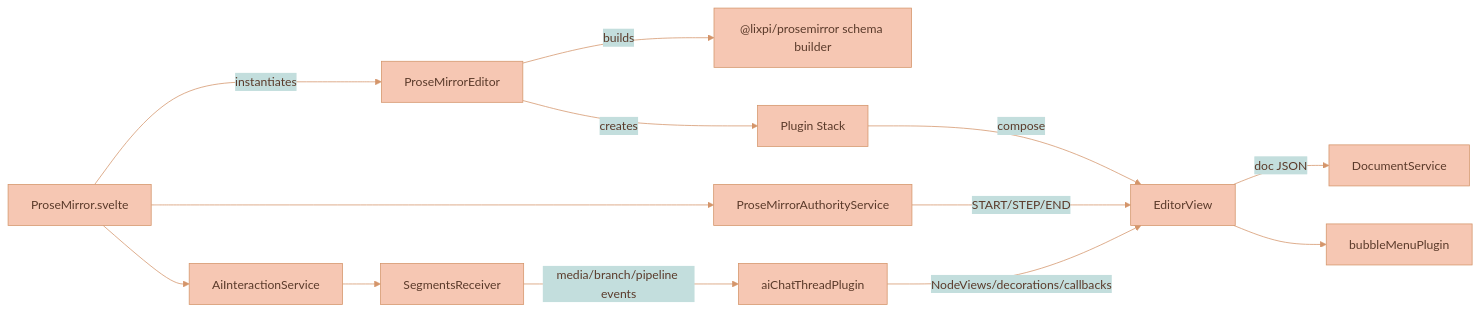
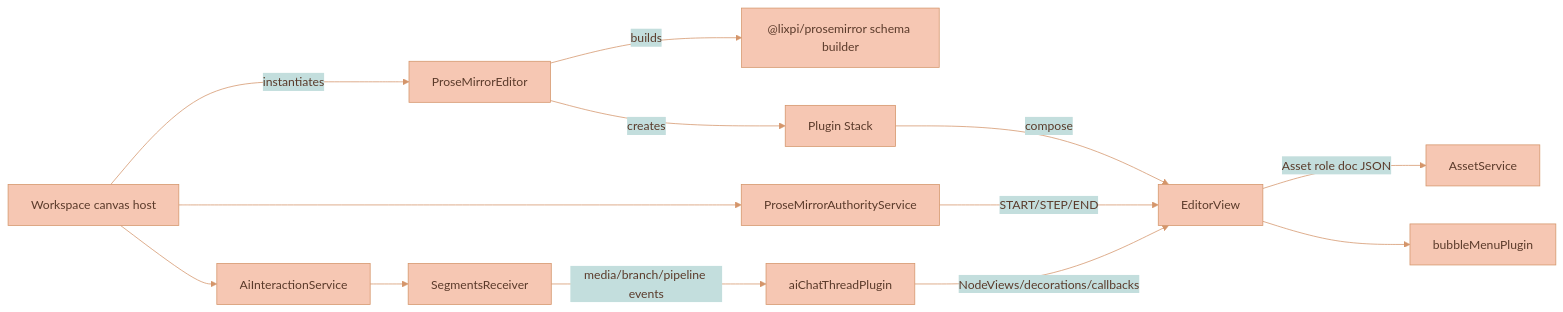
Before and after one commit to Lixpi/lixpi: the first of 8 diagrams in services/web-ui/src/components/proseMirror/README.md, drawn with Mermaid. The commit also changed other lines of this file and 225 other files, not shown here.

````diff
--- a/services/web-ui/src/components/proseMirror/README.md
+++ b/services/web-ui/src/components/proseMirror/README.md
@@ -13,16 +13,16 @@
 ```mermaid
 %%{init: {'theme': 'base', 'themeVariables': { 'primaryColor': '#F6C7B3', 'primaryTextColor': '#5a3a2a', 'primaryBorderColor': '#d4956a', 'secondaryColor': '#C3DEDD', 'secondaryTextColor': '#1a3a47', 'secondaryBorderColor': '#4a8a9d', 'tertiaryColor': '#DCECE9', 'tertiaryTextColor': '#1a3a47', 'tertiaryBorderColor': '#82B2C0', 'lineColor': '#d4956a', 'textColor': '#5a3a2a'}}}%%
 flowchart LR
-  Svelte[ProseMirror.svelte] -->|instantiates| PMEditor[ProseMirrorEditor]
+  CanvasHost[Workspace canvas host] -->|instantiates| PMEditor[ProseMirrorEditor]
   PMEditor -->|builds| SharedSchema["@lixpi/prosemirror schema builder"]
     PMEditor -->|creates| Plugins[Plugin Stack]
     Plugins -->|compose| EditorView
-    EditorView -->|doc JSON| DocumentService
-    Svelte --> AiInteractionService
-    Svelte --> ProseMirrorAuthorityService
+    EditorView -->|Asset role doc JSON| AssetService
+    CanvasHost --> AiInteractionService
+    CanvasHost --> ProseMirrorAuthorityService
     AiInteractionService --> SegmentsReceiver
     SegmentsReceiver -->|media/branch/pipeline events| aiChatThreadPlugin
     ProseMirrorAuthorityService -->|START/STEP/END| EditorView
     aiChatThreadPlugin -->|NodeViews/decorations/callbacks| EditorView
     EditorView --> BubbleMenu[bubbleMenuPlugin]
 ```
````
